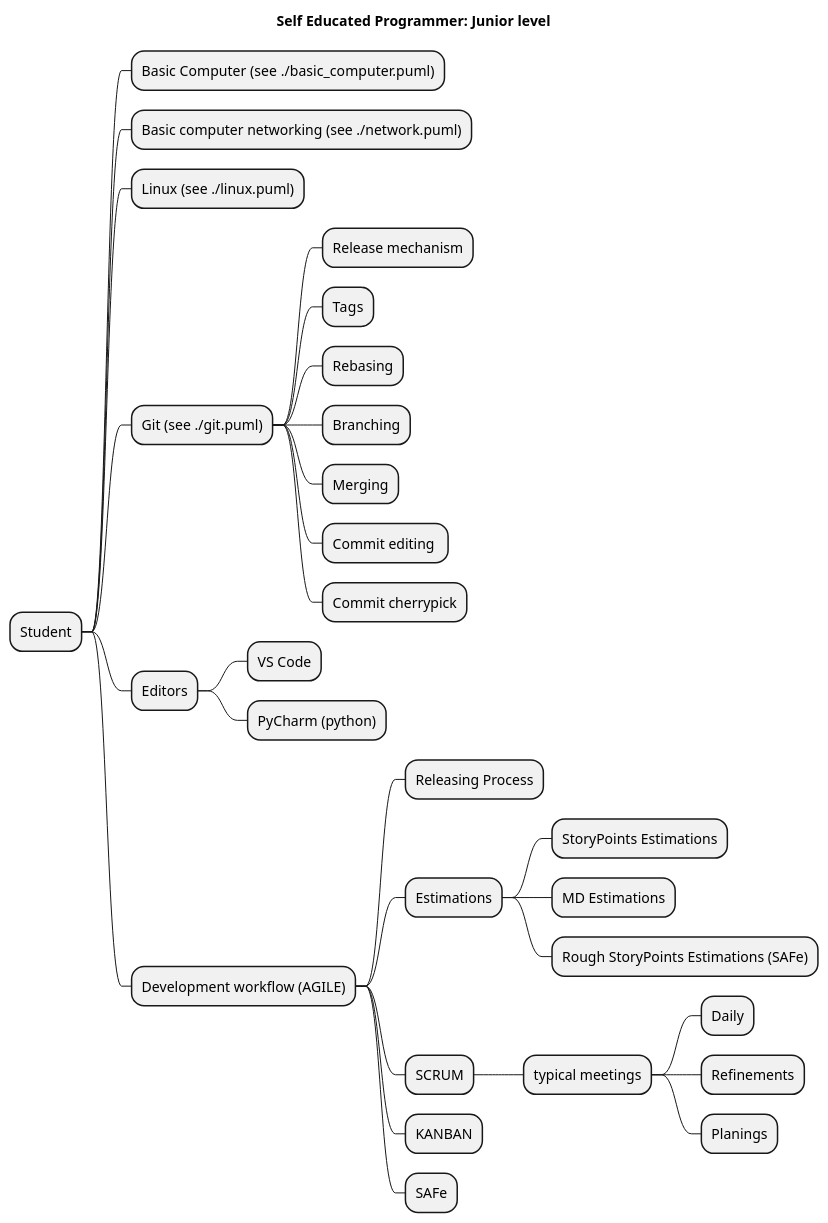
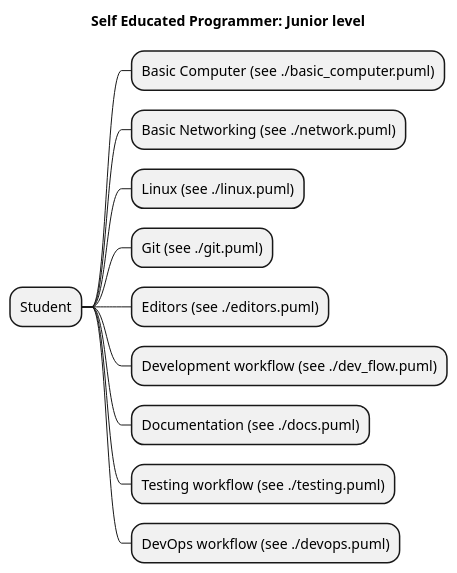
One commit to SmartSoftDev/self_educated_software_programmer_path changed the diagram in junior_level.puml. Above: the diagram before and after it, drawn with PlantUML. The commit also changed 23 other files, not shown here.

```diff
--- a/junior_level.puml
+++ b/junior_level.puml
@@ -1,34 +1,15 @@
 @startmindmap
 title Self Educated Programmer: Junior level
 
 * Student
 ** Basic Computer (see ./basic_computer.puml)
-** Basic computer networking (see ./network.puml)
+** Basic Networking (see ./network.puml)
 ** Linux (see ./linux.puml)
 ** Git (see ./git.puml)
-*** Release mechanism
-*** Tags
-*** Rebasing
-*** Branching
-*** Merging
-*** Commit editing 
-*** Commit cherrypick
-** Editors
-*** VS Code
-*** PyCharm (python)
-** Development workflow (AGILE)
-*** Releasing Process
-*** Estimations
-**** StoryPoints Estimations
-**** MD Estimations
-**** Rough StoryPoints Estimations (SAFe)
-*** SCRUM
-**** typical meetings
-***** Daily
-***** Refinements
-***** Planings
-
-*** KANBAN
-*** SAFe
+** Editors (see ./editors.puml)
+** Development workflow (see ./dev_flow.puml)
+** Documentation (see ./docs.puml)
+** Testing workflow (see ./testing.puml)
+** DevOps workflow (see ./devops.puml)
 
 @endmindmap
```
